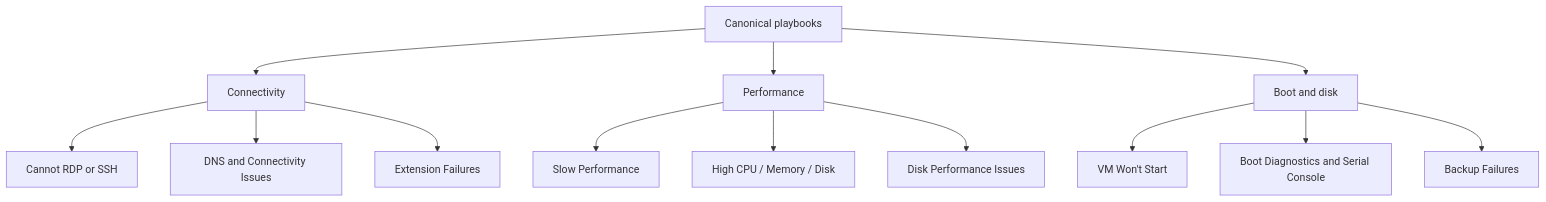
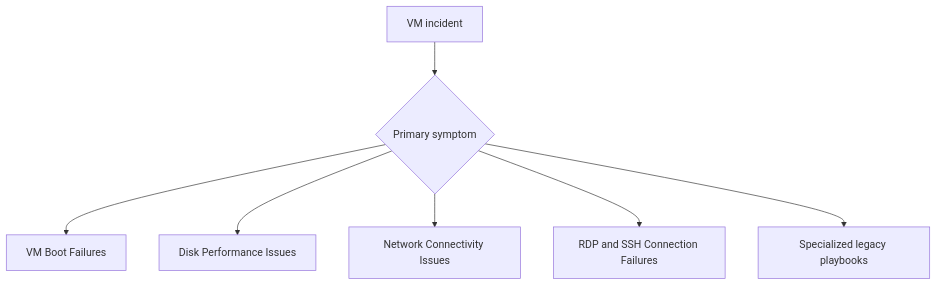
The diagram in docs/troubleshooting/playbooks/index.md (yeongseon/azure-virtual-machine-practical-guide), drawn with Mermaid before and after one commit. The commit also changed other lines of this file and 24 other files, not shown here.

````diff
--- a/docs/troubleshooting/playbooks/index.md
+++ b/docs/troubleshooting/playbooks/index.md
@@ -7,15 +7,9 @@
 ```mermaid
-graph TD
-    A[Canonical playbooks] --> B[Connectivity]
-    A --> C[Performance]
-    A --> D[Boot and disk]
-    B --> B1[Cannot RDP or SSH]
-    B --> B2[DNS and Connectivity Issues]
-    B --> B3[Extension Failures]
-    C --> C1[Slow Performance]
-    C --> C2[High CPU / Memory / Disk]
-    C --> C3[Disk Performance Issues]
-    D --> D1[VM Won't Start]
-    D --> D2[Boot Diagnostics and Serial Console]
-    D --> D3[Backup Failures]
+flowchart TD
+    A[VM incident] --> B{Primary symptom}
+    B --> C[VM Boot Failures]
+    B --> D[Disk Performance Issues]
+    B --> E[Network Connectivity Issues]
+    B --> F[RDP and SSH Connection Failures]
+    B --> G[Specialized legacy playbooks]
 ```
````
